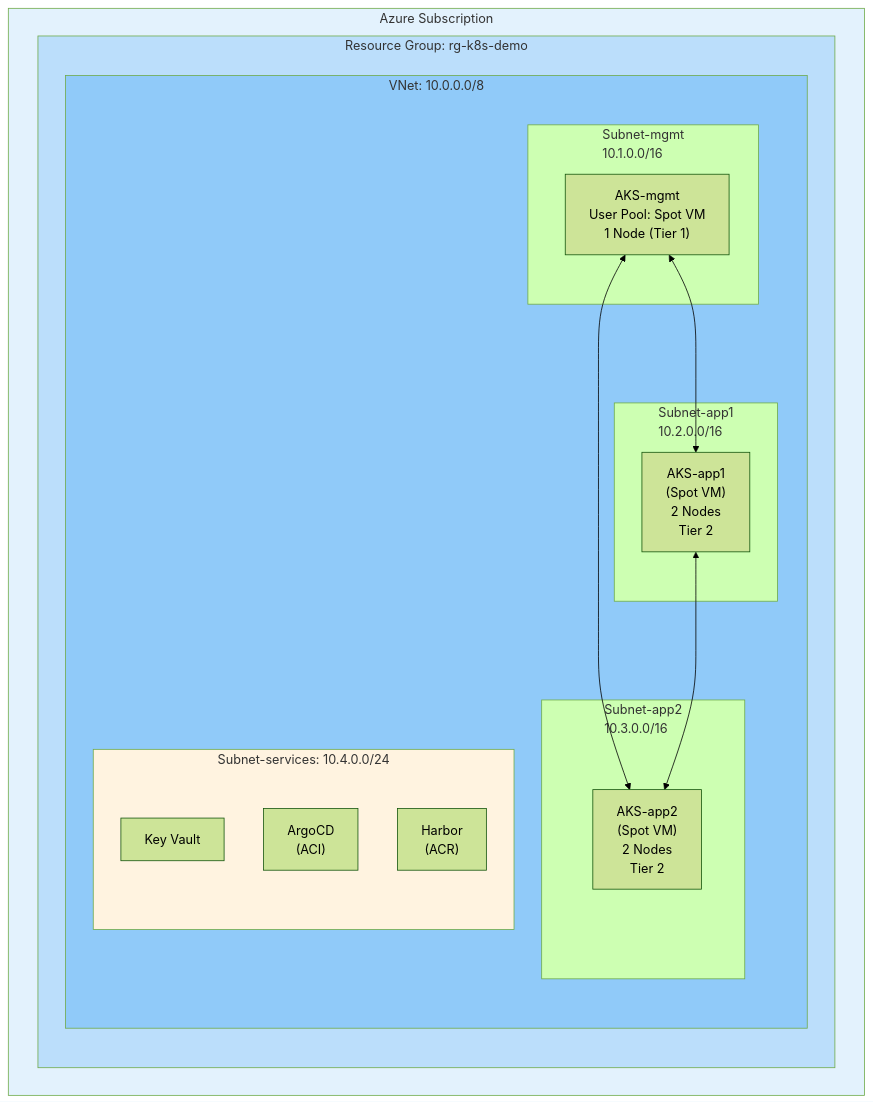
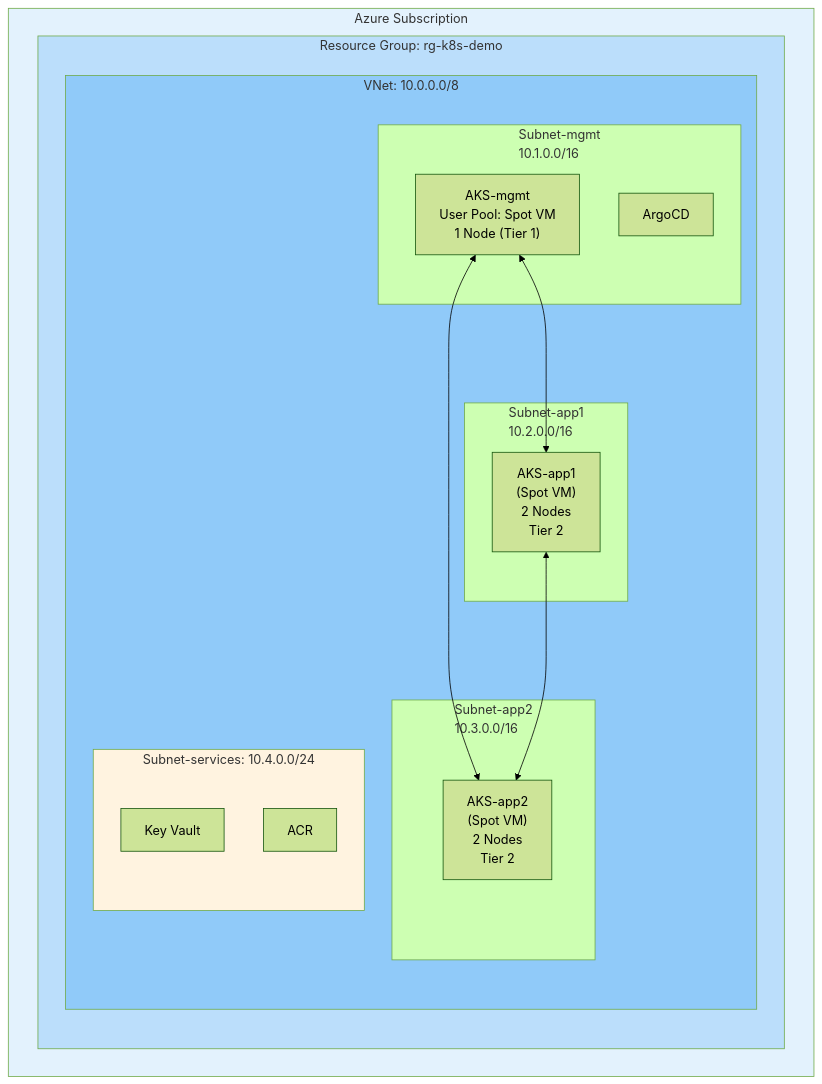
The first of 6 diagrams in document/azure/ARCHITECTURE.md (bocopile/mac-k8s-multipass-terraform), drawn with Mermaid (forest theme) before and after one commit. The commit also changed other lines of this file and 3 other files, not shown here.

````diff
--- a/document/azure/ARCHITECTURE.md
+++ b/document/azure/ARCHITECTURE.md
@@ -163,35 +163,35 @@
 ```mermaid
 flowchart TB
     subgraph Azure["Azure Subscription"]
         subgraph RG["Resource Group: rg-k8s-demo"]
             subgraph VNet["VNet: 10.0.0.0/8"]
                 subgraph SubnetMgmt["Subnet-mgmt<br/>10.1.0.0/16"]
                     AKSmgmt["AKS-mgmt<br/>User Pool: Spot VM<br/>1 Node (Tier 1)"]
+                    MgmtArgoCD["ArgoCD"]
                 end
 
                 subgraph SubnetApp1["Subnet-app1<br/>10.2.0.0/16"]
                     AKSapp1["AKS-app1<br/>(Spot VM)<br/>2 Nodes<br/>Tier 2"]
                 end
 
                 subgraph SubnetApp2["Subnet-app2<br/>10.3.0.0/16"]
                     AKSapp2["AKS-app2<br/>(Spot VM)<br/>2 Nodes<br/>Tier 2"]
                 end
 
                 subgraph SubnetSvc["Subnet-services: 10.4.0.0/24"]
                     KeyVault["Key Vault"]
-                    ArgoCD["ArgoCD<br/>(ACI)"]
-                    ACR["Harbor<br/>(ACR)"]
+                    ACR["ACR"]
                 end
             end
         end
     end
 
     AKSmgmt <--> AKSapp1
     AKSmgmt <--> AKSapp2
     AKSapp1 <--> AKSapp2
 
     style Azure fill:#e3f2fd
     style RG fill:#bbdefb
     style VNet fill:#90caf9
     style SubnetSvc fill:#fff3e0
 ```
````
